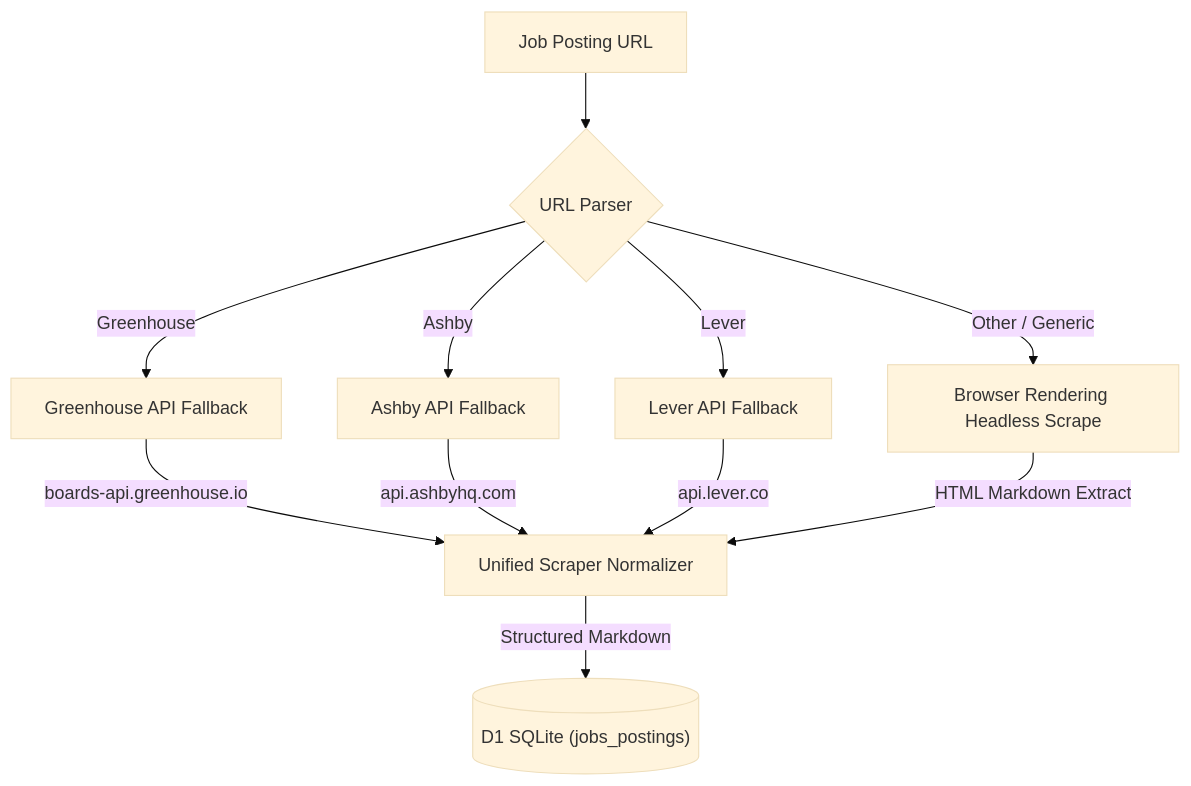
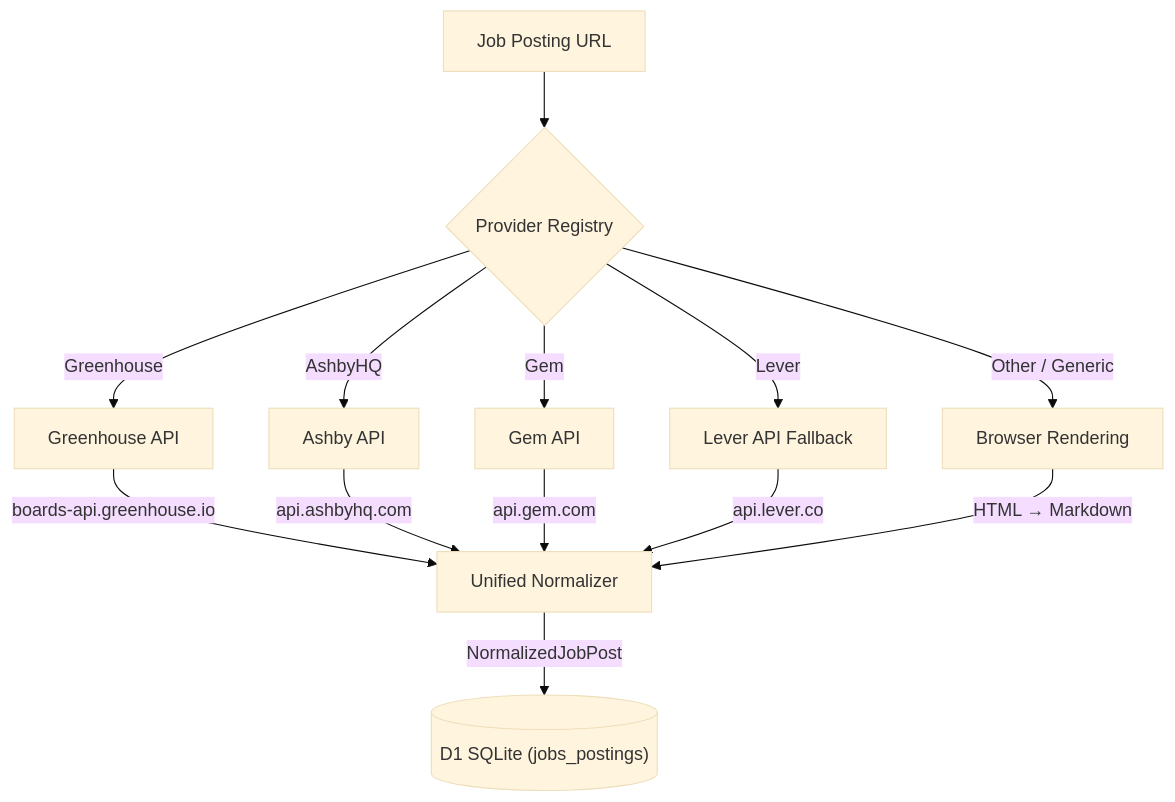
One commit to jmbish04/core-resumes changed the first of 2 diagrams in src/frontend/content/docs/integrations/job-boards.md. Above: the diagram before and after it, drawn with Mermaid (base theme). The commit also changed other lines of this file and 121 other files, not shown here.

````diff
--- a/src/frontend/content/docs/integrations/job-boards.md
+++ b/src/frontend/content/docs/integrations/job-boards.md
@@ -17,15 +17,17 @@
 ```mermaid
 flowchart TD
-    A[Job Posting URL] --> B{URL Parser}
-    B -->|Greenhouse| GH[Greenhouse API Fallback]
-    B -->|Ashby| AS[Ashby API Fallback]
-    B -->|Lever| LV[Lever API Fallback]
-    B -->|Other / Generic| BR[Browser Rendering Headless Scrape]
+    A["Job Posting URL"] --> B{"Provider Registry"}
+    B -->|Greenhouse| GH["Greenhouse API"]
+    B -->|AshbyHQ| AS["Ashby API"]
+    B -->|Gem| GM["Gem API"]
+    B -->|Lever| LV["Lever API Fallback"]
+    B -->|"Other / Generic"| BR["Browser Rendering"]
 
-    GH -->|boards-api.greenhouse.io| Norm[Unified Scraper Normalizer]
-    AS -->|api.ashbyhq.com| Norm
-    LV -->|api.lever.co| Norm
-    BR -->|HTML Markdown Extract| Norm
+    GH -->|"boards-api.greenhouse.io"| Norm["Unified Normalizer"]
+    AS -->|"api.ashbyhq.com"| Norm
+    GM -->|"api.gem.com"| Norm
+    LV -->|"api.lever.co"| Norm
+    BR -->|"HTML → Markdown"| Norm
 
-    Norm -->|Structured Markdown| DB[("D1 SQLite (jobs_postings)")]
+    Norm -->|"NormalizedJobPost"| DB[("D1 SQLite (jobs_postings)")]
 ```
````
